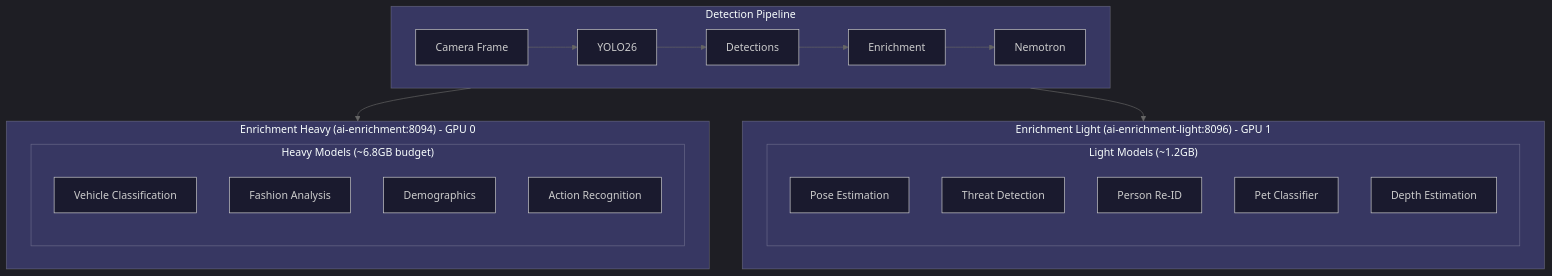
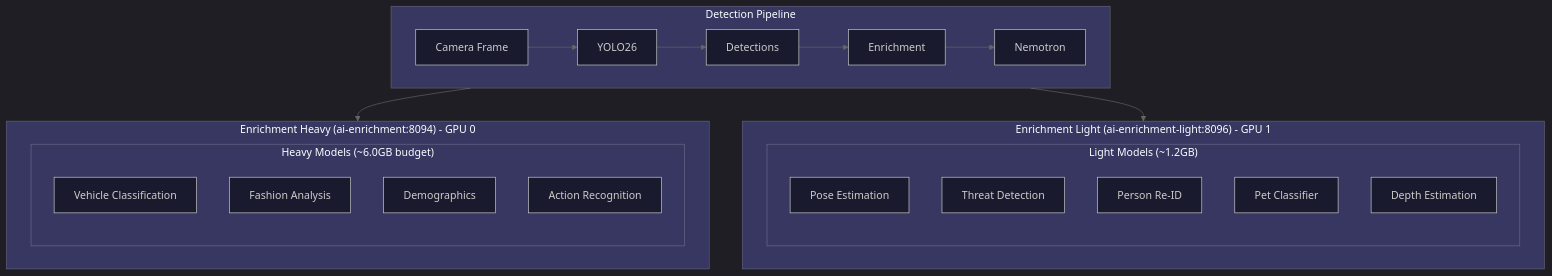
One commit to mikesvoboda/nemotron-v3-home-security-intelligence changed the first of 4 diagrams in docs/ai/model-zoo.md. Above: the diagram before and after it, drawn with Mermaid. The commit also changed other lines of this file and 206 other files, not shown here.

````diff
--- a/docs/ai/model-zoo.md
+++ b/docs/ai/model-zoo.md
@@ -14,44 +14,44 @@
 ```mermaid
 %%{init: {
   'theme': 'dark',
   'themeVariables': {
     'primaryColor': '#3B82F6',
     'primaryTextColor': '#FFFFFF',
     'primaryBorderColor': '#60A5FA',
     'secondaryColor': '#A855F7',
     'tertiaryColor': '#009688',
     'background': '#121212',
     'mainBkg': '#1a1a2e',
     'lineColor': '#666666'
   }
 }}%%
 flowchart TB
     subgraph Pipeline["Detection Pipeline"]
         CAM[Camera Frame] --> YOLO[YOLO26]
         YOLO --> DET[Detections]
         DET --> ENR[Enrichment]
         ENR --> NEM[Nemotron]
     end
 
     subgraph EnrichmentHeavy["Enrichment Heavy (ai-enrichment:8094) - GPU 0"]
-        subgraph HeavyModels["Heavy Models (~6.8GB budget)"]
+        subgraph HeavyModels["Heavy Models (~6.0GB budget)"]
             VEHICLE[Vehicle Classification]
             FASHION[Fashion Analysis]
             DEMO[Demographics]
             ACTION[Action Recognition]
         end
     end
 
     subgraph EnrichmentLight["Enrichment Light (ai-enrichment-light:8096) - GPU 1"]
         subgraph LightModels["Light Models (~1.2GB)"]
             POSE[Pose Estimation]
             THREAT[Threat Detection]
             REID[Person Re-ID]
             PET[Pet Classifier]
             DEPTH[Depth Estimation]
         end
     end
 
     Pipeline --> EnrichmentHeavy
     Pipeline --> EnrichmentLight
 ```
````
